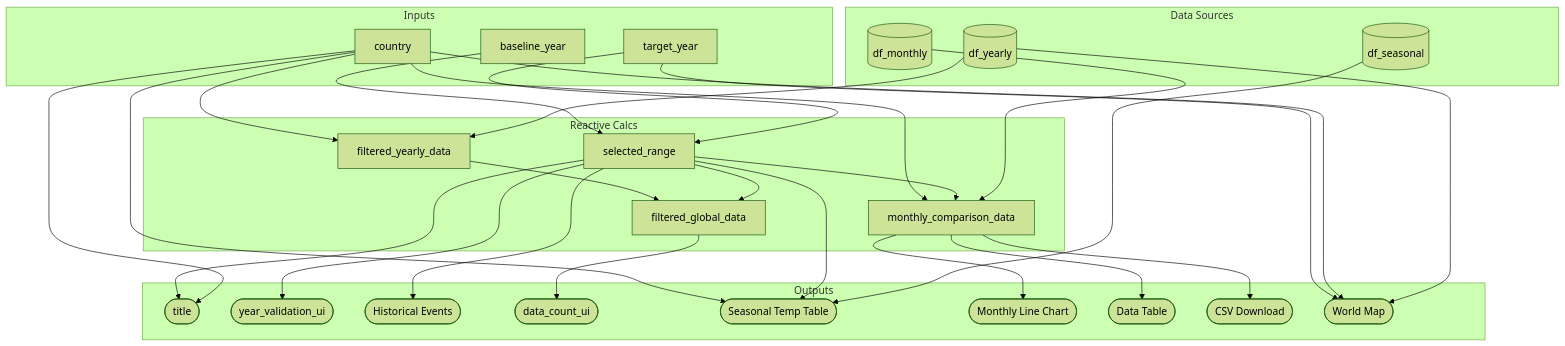
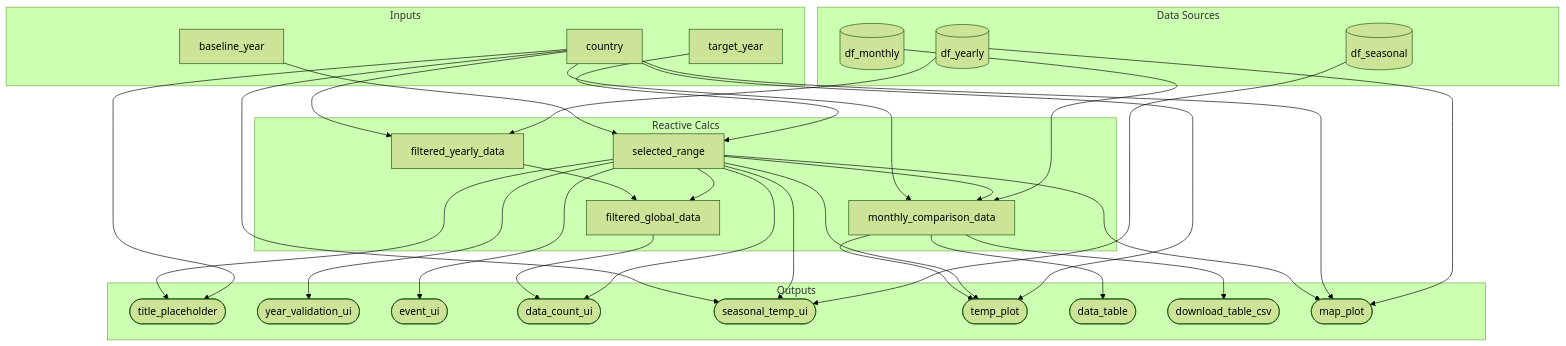
Before and after one commit to UBC-MDS/DSCI-532_2026_26_TempTales: the diagram in reports/m2_spec.md, drawn with Mermaid (forest theme).

Commit message:
update mermaid plot with function names and fixed minor inconsistenceis

````diff
--- a/reports/m2_spec.md
+++ b/reports/m2_spec.md
@@ -43,61 +43,66 @@
 ```mermaid
 flowchart TD
   subgraph Inputs
     C[country]
     B[baseline_year]
     S[target_year]
   end
 
   subgraph Reactive Calcs
     SR[selected_range]
     FY[filtered_yearly_data]
     FG[filtered_global_data]
     MC[monthly_comparison_data]
   end
 
   subgraph Data Sources
     DY[(df_yearly)]
     DM[(df_monthly)]
     DS[(df_seasonal)]
   end
 
   subgraph Outputs
-    TITLE([title])
+    TITLE([title_placeholder])
     VALID([year_validation_ui])
-    HIST([Historical Events])
+    HIST([event_ui])
     DC([data_count_ui])
-    ST([Seasonal Temp Table])
-    MLP([Monthly Line Chart])
-    DT([Data Table])
-    CSV([CSV Download])
-    WM([World Map])
+    ST([seasonal_temp_ui])
+    MLP([temp_plot])
+    DT([data_table])
+    CSV([download_table_csv])
+    WM([map_plot])
   end
 
   B --> SR
   S --> SR
   C --> FY
   DY --> FY
   FY --> FG
   SR --> FG
   C --> MC
   SR --> MC
   DM --> MC
 
   SR --> TITLE
   C --> TITLE
   SR --> VALID
   SR --> HIST
   FG --> DC
+  SR --> DC
 
   C --> ST
   SR --> ST
   DS --> ST
 
   MC --> MLP
+  SR --> MLP
+  C --> MLP
+
   MC --> DT
+
   MC --> CSV
 
-  S --> WM
+  SR --> WM
   C --> WM
   DY --> WM
 ```
````
